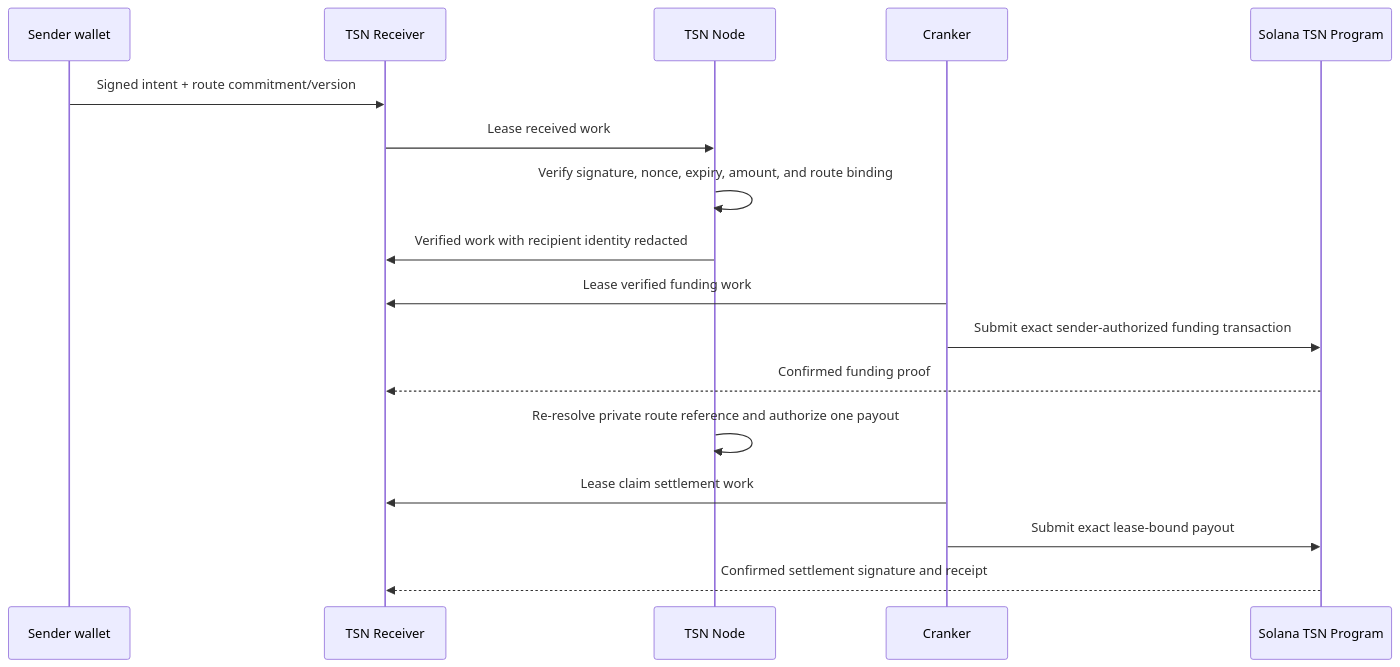
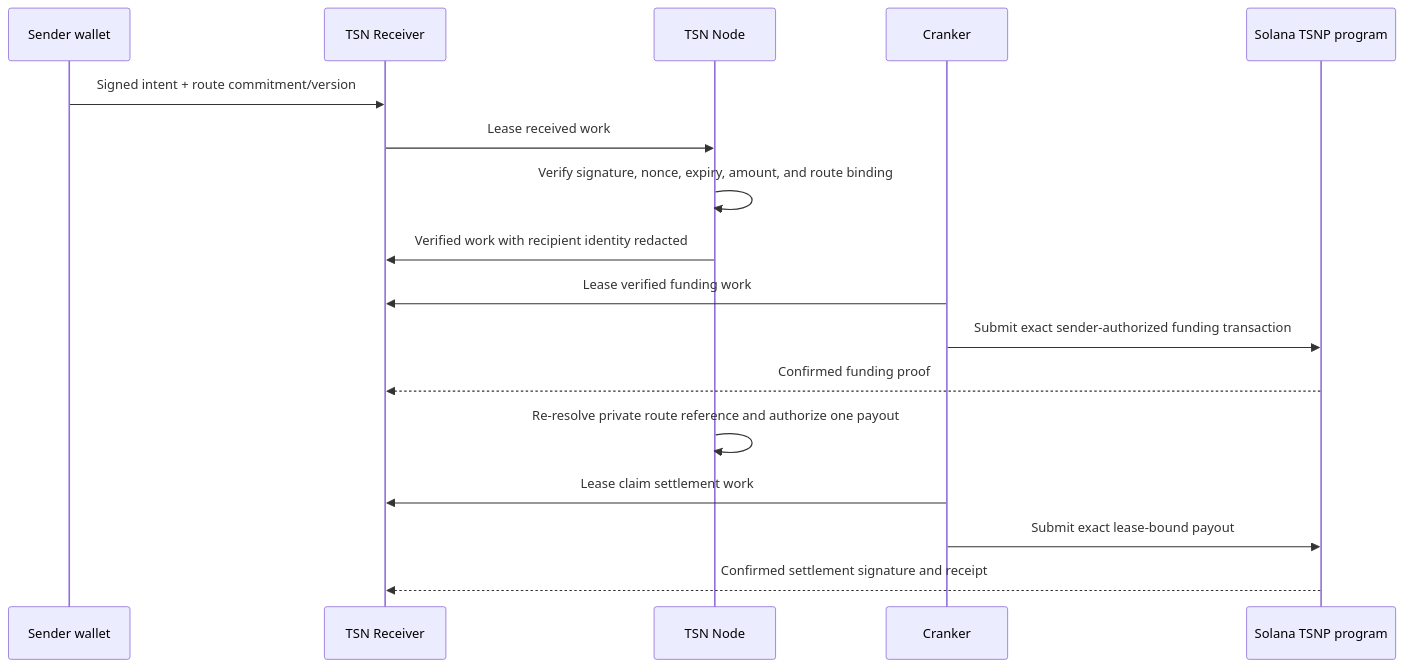
The diagram in docs/tsn-receiver-verification-settlement.md (bigdreamsweb3/trustlink-pay), drawn with Mermaid before and after one commit. The commit also changed other lines of this file and 88 other files, not shown here.

````diff
--- a/docs/tsn-receiver-verification-settlement.md
+++ b/docs/tsn-receiver-verification-settlement.md
@@ -113,20 +113,20 @@
 ```mermaid
 sequenceDiagram
     participant S as Sender wallet
     participant R as TSN Receiver
     participant N as TSN Node
     participant C as Cranker
-    participant P as Solana TSN Program
+    participant P as Solana TSNP program
 
     S->>R: Signed intent + route commitment/version
     R->>N: Lease received work
     N->>N: Verify signature, nonce, expiry, amount, and route binding
     N->>R: Verified work with recipient identity redacted
     C->>R: Lease verified funding work
     C->>P: Submit exact sender-authorized funding transaction
     P-->>R: Confirmed funding proof
     N->>N: Re-resolve private route reference and authorize one payout
     C->>R: Lease claim settlement work
     C->>P: Submit exact lease-bound payout
     P-->>R: Confirmed settlement signature and receipt
 ```
````
